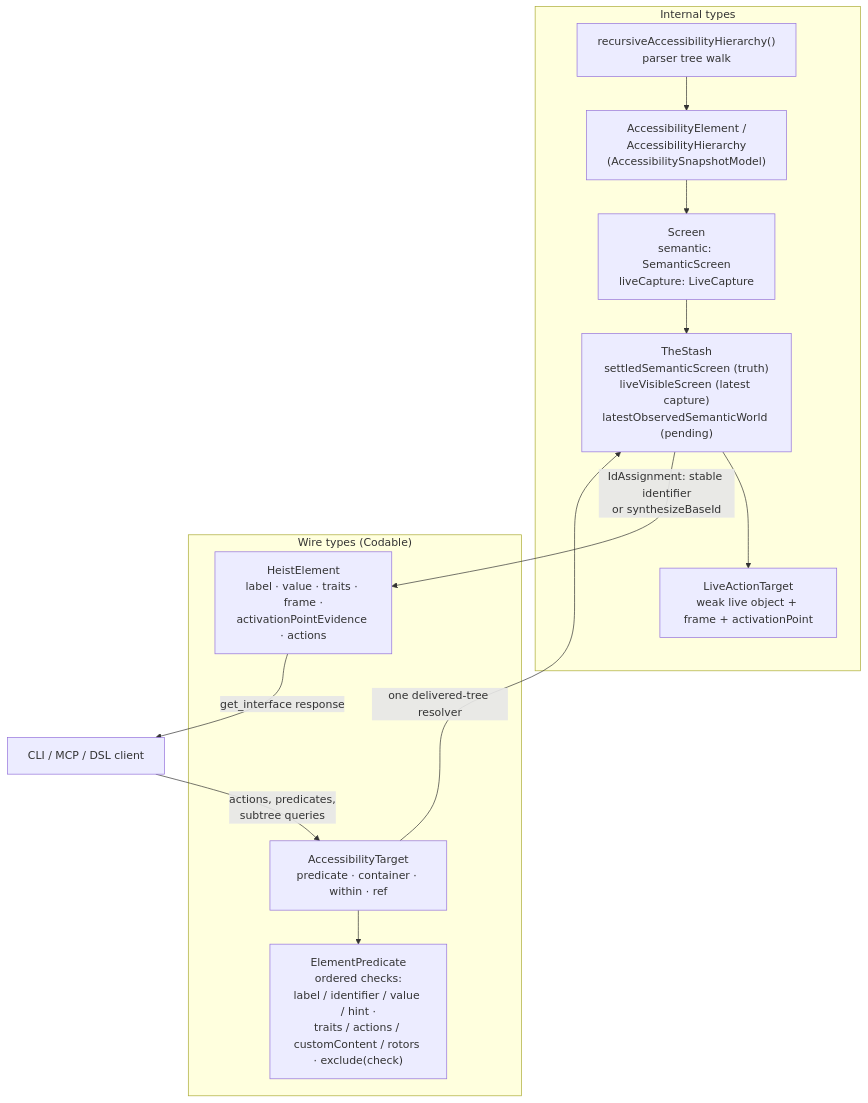
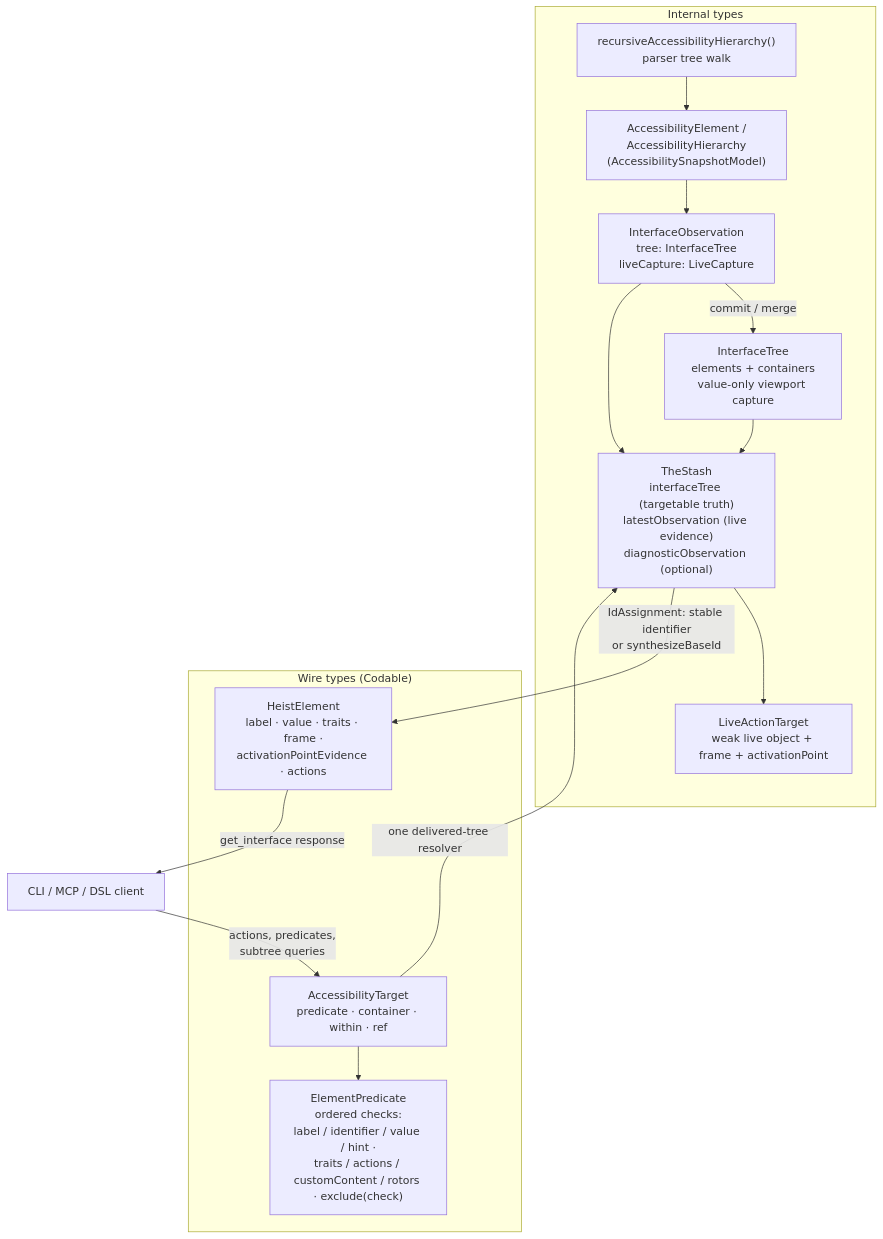
Before and after one commit to RoyalPineapple/TheButtonHeist: the diagram in docs/diagrams/currency-types.md, drawn with Mermaid. The commit also changed other lines of this file and 91 other files, not shown here.

Commit message:
Unify interface state around InterfaceTree

````diff
--- a/docs/diagrams/currency-types.md
+++ b/docs/diagrams/currency-types.md
@@ -8,29 +8,32 @@
 ```mermaid
 flowchart TD
     subgraph internal["Internal types"]
         WALK["recursiveAccessibilityHierarchy()<br/>parser tree walk"]
         AXE["AccessibilityElement /<br/>AccessibilityHierarchy<br/>(AccessibilitySnapshotModel)"]
-        SCREEN["Screen<br/>semantic: SemanticScreen<br/>liveCapture: LiveCapture"]
-        STASH["TheStash<br/>settledSemanticScreen (truth)<br/>liveVisibleScreen (latest capture)<br/>latestObservedSemanticWorld (pending)"]
+        OBS["InterfaceObservation<br/>tree: InterfaceTree<br/>liveCapture: LiveCapture"]
+        TREE["InterfaceTree<br/>elements + containers<br/>value-only viewport capture"]
+        STASH["TheStash<br/>interfaceTree (targetable truth)<br/>latestObservation (live evidence)<br/>diagnosticObservation (optional)"]
         LIVET["LiveActionTarget<br/>weak live object + frame + activationPoint"]
         WALK --> AXE
-        AXE --> SCREEN
-        SCREEN --> STASH
+        AXE --> OBS
+        OBS -- "commit / merge" --> TREE
+        OBS --> STASH
+        TREE --> STASH
         STASH --> LIVET
     end
 
     subgraph wireTypes["Wire types (Codable)"]
         HE["HeistElement<br/>label · value · traits · frame ·<br/>activationPointEvidence · actions"]
         ET["AccessibilityTarget<br/>predicate · container · within · ref"]
         EP["ElementPredicate<br/>ordered checks:<br/>label / identifier / value / hint ·<br/>traits / actions / customContent / rotors · exclude(check)"]
         HE ~~~ ET
         ET --> EP
     end
 
     CLIENT["CLI / MCP / DSL client"]
 
     STASH -- "IdAssignment: stable identifier<br/>or synthesizeBaseId" --> HE
     HE -- "get_interface response" --> CLIENT
     CLIENT -- "actions, predicates,<br/>subtree queries" --> ET
     ET -- "one delivered-tree resolver" --> STASH
 ```
````
